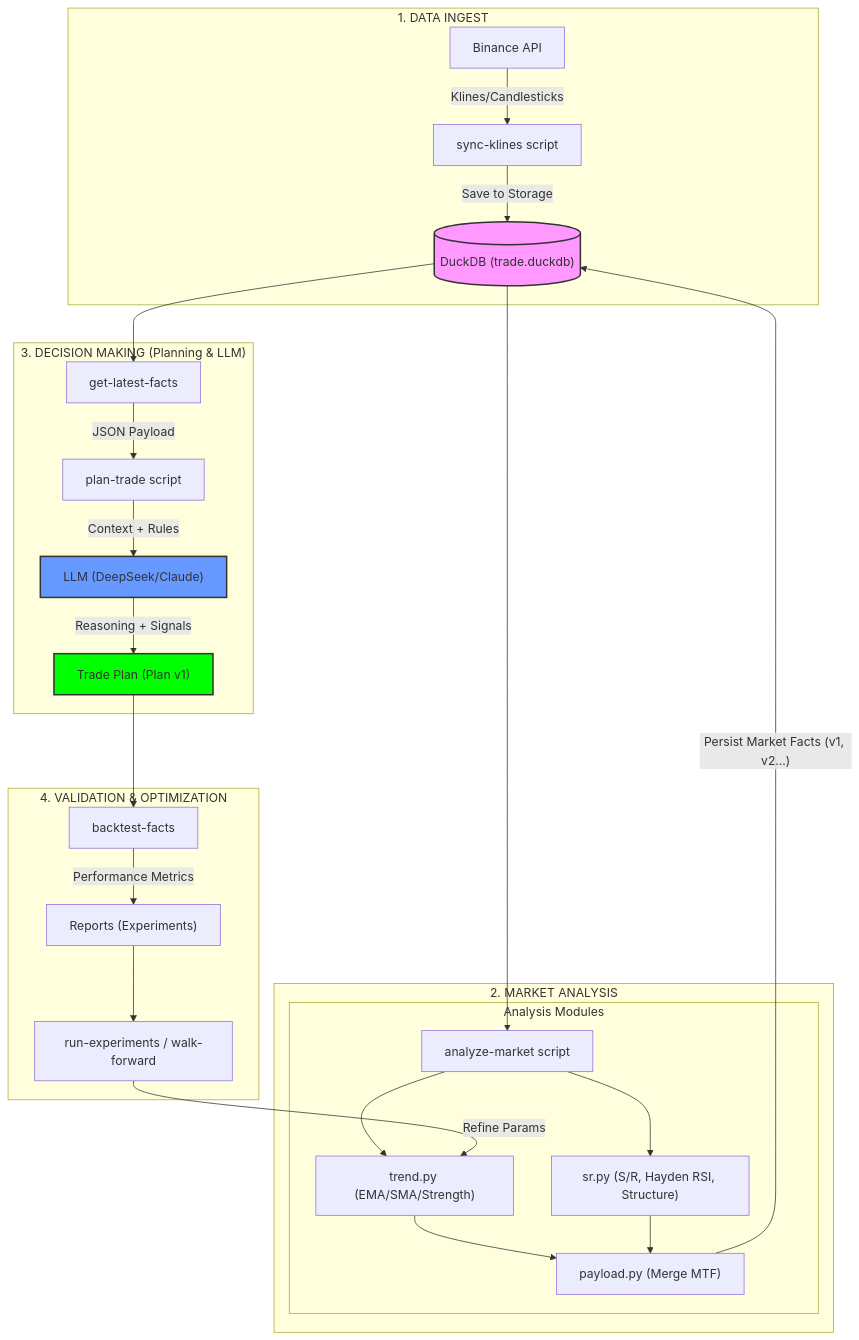
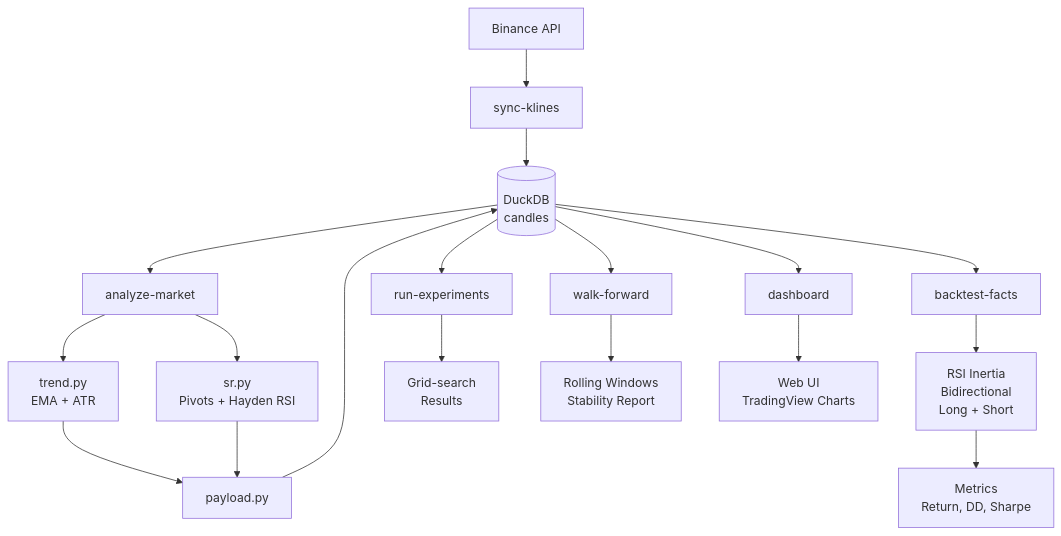
Before and after one commit to trong24/trade-agent: the diagram in ARCHITECTURE.md, drawn with Mermaid. The commit also changed other lines of this file and 14 other files, not shown here.

````diff
--- a/ARCHITECTURE.md
+++ b/ARCHITECTURE.md
@@ -7,39 +5,25 @@
 ```mermaid
 graph TD
-    subgraph "1. DATA INGEST"
-        Binance["Binance API"] -- "Klines/Candlesticks" --> Sync["sync-klines script"]
-        Sync -- "Save to Storage" --> DuckDB[("DuckDB (trade.duckdb)")]
-    end
-
-    subgraph "2. MARKET ANALYSIS"
-        DuckDB --> Analyze["analyze-market script"]
-        
-        subgraph "Analysis Modules"
-            Analyze --> Trend["trend.py (EMA/SMA/Strength)"]
-            Analyze --> SR["sr.py (S/R, Hayden RSI, Structure)"]
-            Trend --> Payload["payload.py (Merge MTF)"]
-            SR --> Payload
-        end
-        
-        Payload -- "Persist Market Facts (v1, v2...)" --> DuckDB
-    end
-
-    subgraph "3. DECISION MAKING (Planning & LLM)"
-        DuckDB --> Latest["get-latest-facts"]
-        Latest -- "JSON Payload" --> Plan["plan-trade script"]
-        Plan -- "Context + Rules" --> LLM["LLM (DeepSeek/Claude)"]
-        LLM -- "Reasoning + Signals" --> Strategy["Trade Plan (Plan v1)"]
-    end
-
-    subgraph "4. VALIDATION & OPTIMIZATION"
-        Strategy --> Backtest["backtest-facts"]
-        Backtest -- "Performance Metrics" --> Reports["Reports (Experiments)"]
-        Reports --> Optimization["run-experiments / walk-forward"]
-        Optimization -- "Refine Params" --> Trend
-    end
-
-    %% Styles
-    style DuckDB fill:#f9f,stroke:#333,stroke-width:2px
-    style LLM fill:#69f,stroke:#333,stroke-width:2px
-    style Strategy fill:#0f0,stroke:#333,stroke-width:2px
+    Binance["Binance API"] --> Sync["sync-klines"]
+    Sync --> DuckDB[("DuckDB<br/>candles")]
+    
+    DuckDB --> Analyze["analyze-market"]
+    Analyze --> Trend["trend.py<br/>EMA + ATR"]
+    Analyze --> SR["sr.py<br/>Pivots + Hayden RSI"]
+    Trend --> Payload["payload.py"]
+    SR --> Payload
+    Payload --> DuckDB
+    
+    DuckDB --> Backtest["backtest-facts"]
+    Backtest --> RSI["RSI Inertia<br/>Bidirectional<br/>Long + Short"]
+    RSI --> Metrics["Metrics<br/>Return, DD, Sharpe"]
+    
+    DuckDB --> OptExp["run-experiments"]
+    OptExp --> Results["Grid-search<br/>Results"]
+    
+    DuckDB --> WalkFwd["walk-forward"]
+    WalkFwd --> Stability["Rolling Windows<br/>Stability Report"]
+    
+    DuckDB --> Dashboard["dashboard"]
+    Dashboard --> Web["Web UI<br/>TradingView Charts"]
 ```
````
